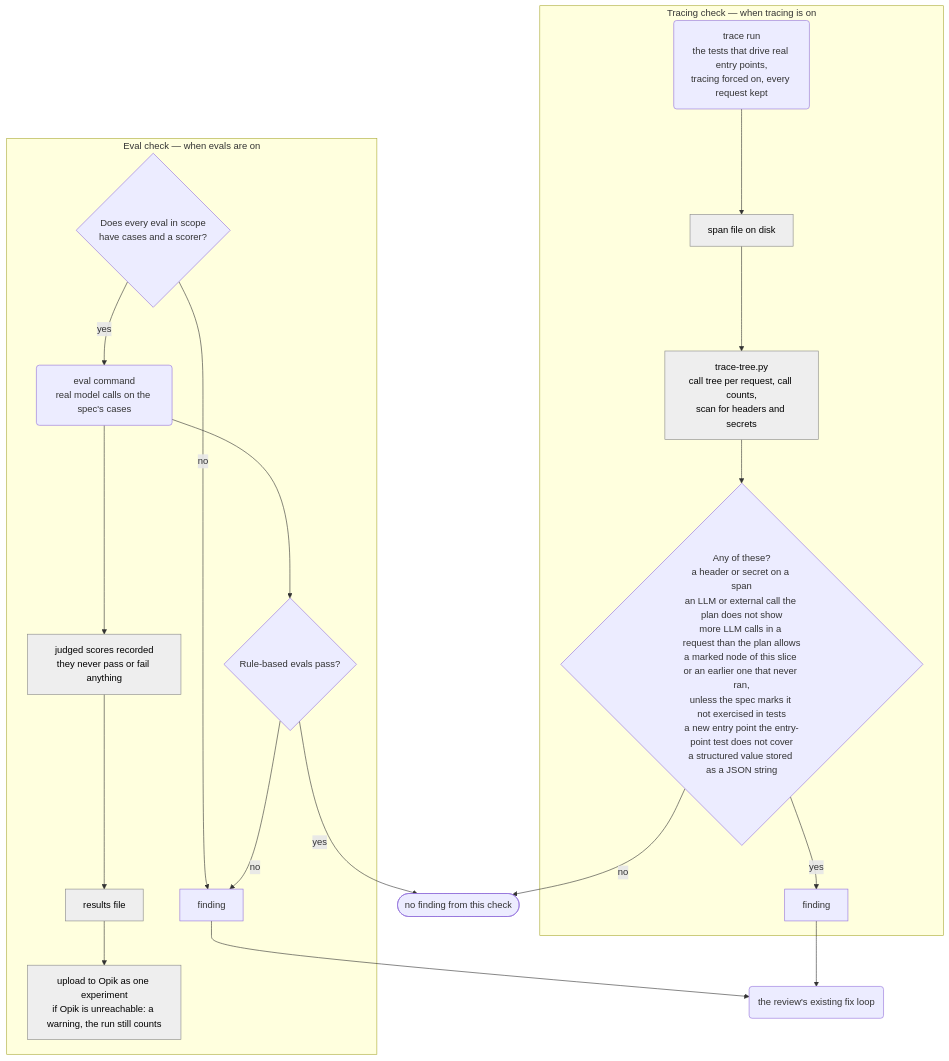
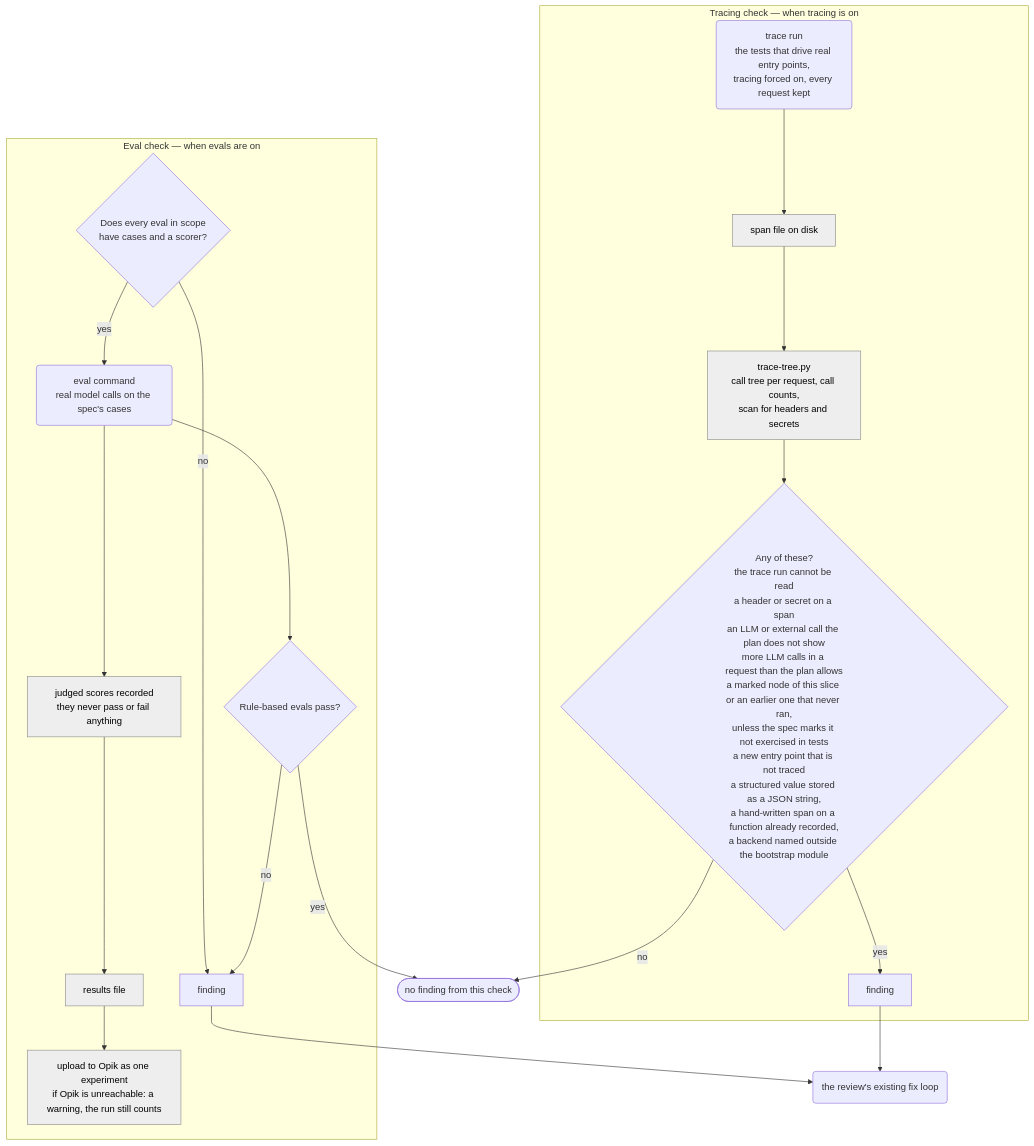
One commit to pablooliva/claude-plugins changed the fourth of 5 diagrams in agent-engineering/docs/observability-diagram.md. Above: the diagram before and after it, drawn with Mermaid. The commit also changed other lines of this file and 14 other files, not shown here.

First line of the commit message:
ae(3.8.0): tracing inside sdd-flow, and own-function recording — release

````diff
--- a/agent-engineering/docs/observability-diagram.md
+++ b/agent-engineering/docs/observability-diagram.md
@@ -107,24 +109,24 @@
 ```mermaid
 flowchart TD
     subgraph T ["Tracing check — when tracing is on"]
         run("trace run<br/>the tests that drive real entry points,<br/>tracing forced on, every request kept") --> file["span file on disk"]:::orch
         file --> tree["trace-tree.py<br/>call tree per request, call counts,<br/>scan for headers and secrets"]:::orch
-        tree --> cmp{"Any of these?<br/>a header or secret on a span<br/>an LLM or external call the plan does not show<br/>more LLM calls in a request than the plan allows<br/>a marked node of this slice or an earlier one that never ran,<br/>unless the spec marks it not exercised in tests<br/>a new entry point the entry-point test does not cover<br/>a structured value stored as a JSON string"}
+        tree --> cmp{"Any of these?<br/>the trace run cannot be read<br/>a header or secret on a span<br/>an LLM or external call the plan does not show<br/>more LLM calls in a request than the plan allows<br/>a marked node of this slice or an earlier one that never ran,<br/>unless the spec marks it not exercised in tests<br/>a new entry point that is not traced<br/>a structured value stored as a JSON string,<br/>a hand-written span on a function already recorded,<br/>a backend named outside the bootstrap module"}
         cmp -- "yes" --> tf["finding"]
     end
     subgraph E ["Eval check — when evals are on"]
         cov{"Does every eval in scope<br/>have cases and a scorer?"} -- "no" --> ef["finding"]
         cov -- "yes" --> ev("eval command<br/>real model calls on the spec's cases")
         ev --> hard{"Rule-based evals pass?"}
         hard -- "no" --> ef
         ev --> judged["judged scores recorded<br/>they never pass or fail anything"]:::orch
         judged --> res["results file"]:::orch
         res --> up["upload to Opik as one experiment<br/>if Opik is unreachable: a warning, the run still counts"]:::orch
     end
     tf --> loop("the review's existing fix loop")
     ef --> loop
     cmp -- "no" --> ok(["no finding from this check"])
     hard -- "yes" --> ok
 
     classDef orch fill:#eeeeee,stroke:#888888,color:#000
 ```
````
